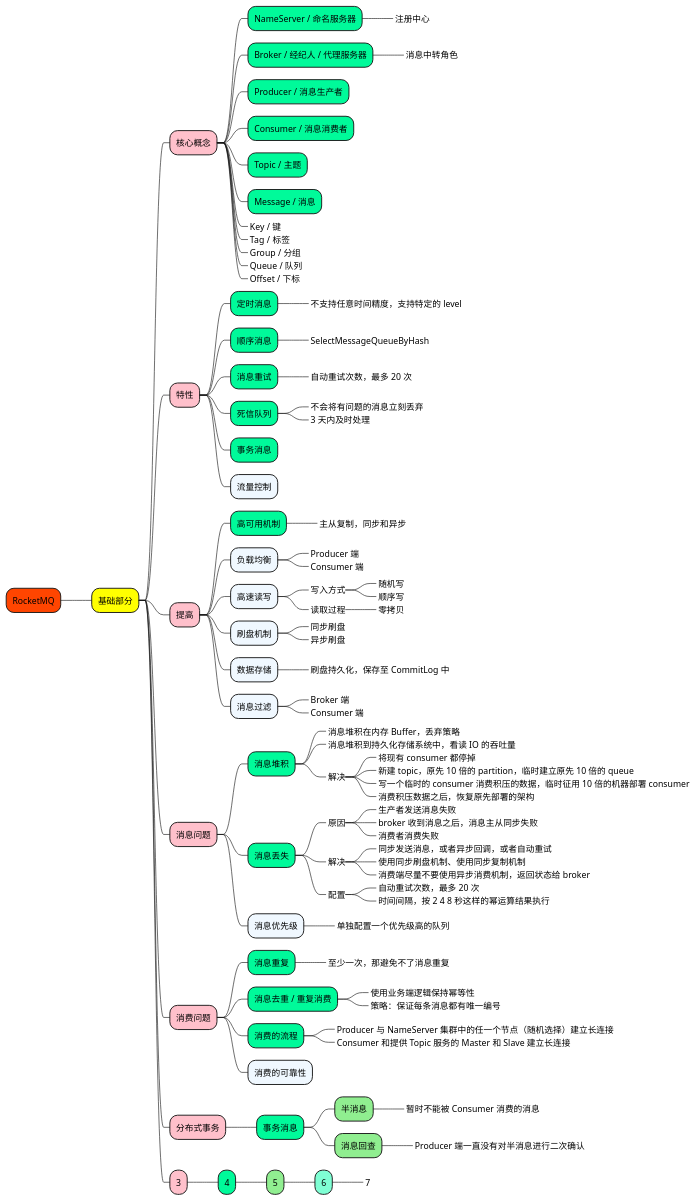
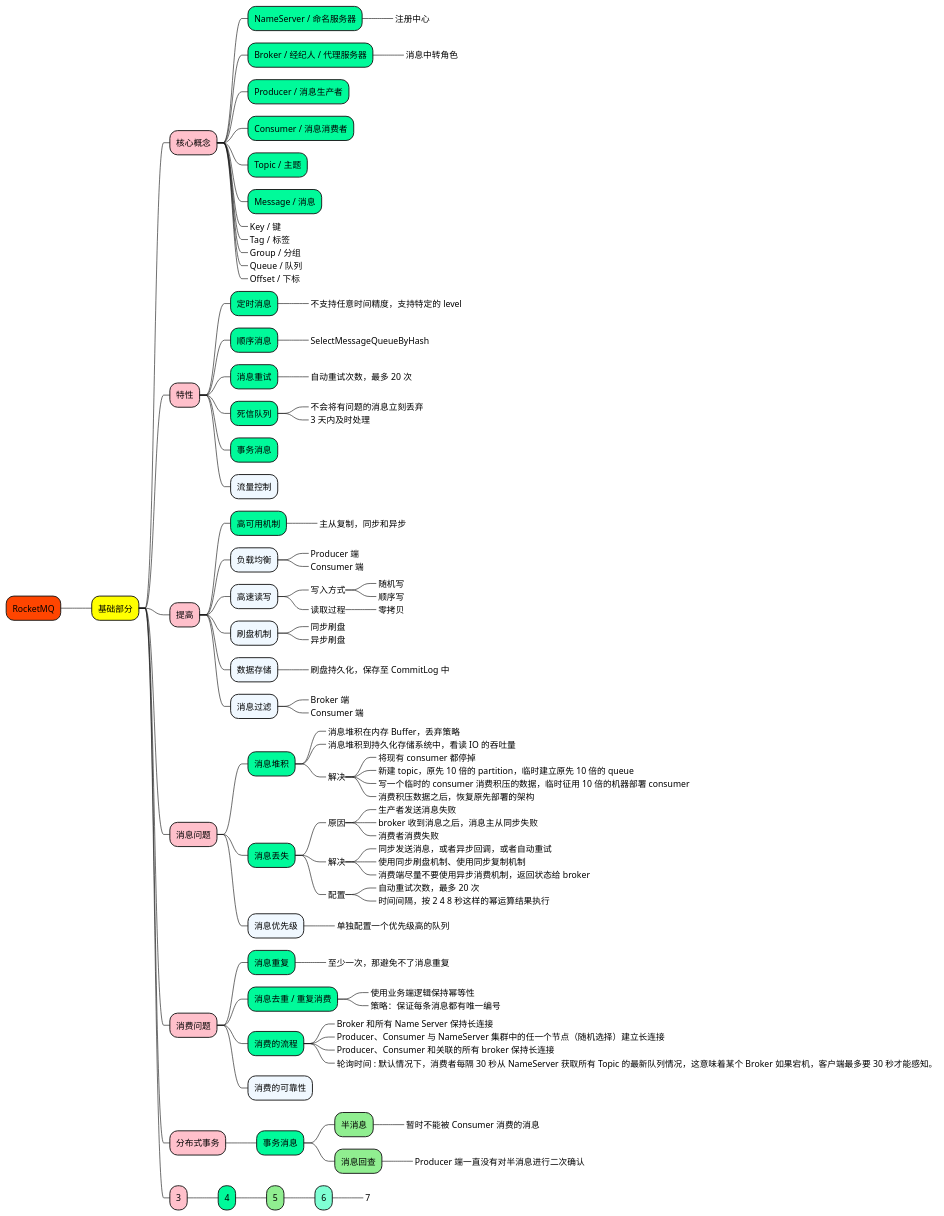
Before and after one commit to doveg/self-cultivation-of-a-software-engineer: the diagram in 1_map/3-middleware/RocketMQ.puml, drawn with PlantUML. The commit also changed 3 other files, not shown here.

```diff
--- a/1_map/3-middleware/RocketMQ.puml
+++ b/1_map/3-middleware/RocketMQ.puml
@@ -1,121 +1,123 @@
 @startmindmap
 
 +[#OrangeRed] RocketMQ
 
 ++[#yellow] 基础部分
 
 +++[#Pink] 核心概念
 ++++[#MediumSpringGreen] NameServer / 命名服务器
 +++++[#GhostWhite]_ 注册中心
 ++++[#MediumSpringGreen] Broker / 经纪人 / 代理服务器
 +++++[#GhostWhite]_ 消息中转角色
 ++++[#MediumSpringGreen] Producer / 消息生产者
 ++++[#MediumSpringGreen] Consumer / 消息消费者
 ++++[#MediumSpringGreen] Topic / 主题
 ++++[#MediumSpringGreen] Message / 消息
 ++++[#AliceBlue]_ Key / 键
 ++++[#AliceBlue]_ Tag / 标签
 ++++[#AliceBlue]_ Group / 分组
 ++++[#AliceBlue]_ Queue / 队列
 ++++[#AliceBlue]_ Offset / 下标
 
 
 +++[#Pink] 特性
 ++++[#MediumSpringGreen] 定时消息
 +++++[#GhostWhite]_ 不支持任意时间精度，支持特定的 level
 ++++[#MediumSpringGreen] 顺序消息
 +++++[#GhostWhite]_ SelectMessageQueueByHash
 ++++[#MediumSpringGreen] 消息重试
 +++++[#GhostWhite]_ 自动重试次数，最多 20 次
 ++++[#MediumSpringGreen] 死信队列
 +++++[#GhostWhite]_ 不会将有问题的消息立刻丢弃
 +++++[#GhostWhite]_ 3 天内及时处理
 ++++[#MediumSpringGreen] 事务消息
 ++++[#AliceBlue] 流量控制
 
 
 +++[#Pink] 提高
 
 ++++[#MediumSpringGreen] 高可用机制
 +++++[#GhostWhite]_ 主从复制，同步和异步
 ++++[#AliceBlue] 负载均衡
 +++++[#GhostWhite]_ Producer 端
 +++++[#GhostWhite]_ Consumer 端
 ++++[#AliceBlue] 高速读写
 +++++[#GhostWhite]_ 写入方式
 ++++++[#LightBlue]_ 随机写
 ++++++[#LightBlue]_ 顺序写
 +++++[#GhostWhite]_ 读取过程
 ++++++[#LightBlue]_ 零拷贝
 ++++[#AliceBlue] 刷盘机制
 +++++[#GhostWhite]_ 同步刷盘
 +++++[#GhostWhite]_ 异步刷盘
 ++++[#AliceBlue] 数据存储
 +++++[#GhostWhite]_ 刷盘持久化，保存至 CommitLog 中
 ++++[#AliceBlue] 消息过滤
 +++++[#GhostWhite]_ Broker 端
 +++++[#GhostWhite]_ Consumer 端
 
 
 +++[#Pink] 消息问题
 
 ++++[#MediumSpringGreen] 消息堆积
 +++++[#GhostWhite]_ 消息堆积在内存 Buffer，丢弃策略
 +++++[#GhostWhite]_ 消息堆积到持久化存储系统中，看读 IO 的吞吐量
 +++++[#GhostWhite]_ 解决
 ++++++[#Aquamarine]_ 将现有 consumer 都停掉
 ++++++[#Aquamarine]_ 新建 topic，原先 10 倍的 partition，临时建立原先 10 倍的 queue
 ++++++[#Aquamarine]_ 写一个临时的 consumer 消费积压的数据，临时征用 10 倍的机器部署 consumer
 ++++++[#Aquamarine]_ 消费积压数据之后，恢复原先部署的架构
 
 ++++[#MediumSpringGreen] 消息丢失
 +++++[#GhostWhite]_ 原因
 ++++++[#Aquamarine]_ 生产者发送消息失败
 ++++++[#Aquamarine]_ broker 收到消息之后，消息主从同步失败
 ++++++[#Aquamarine]_ 消费者消费失败
 +++++[#GhostWhite]_ 解决
 ++++++[#Aquamarine]_ 同步发送消息，或者异步回调，或者自动重试
 ++++++[#Aquamarine]_ 使用同步刷盘机制、使用同步复制机制
 ++++++[#Aquamarine]_ 消费端尽量不要使用异步消费机制，返回状态给 broker
 +++++[#GhostWhite]_ 配置
 ++++++[#Aquamarine]_ 自动重试次数，最多 20 次
 ++++++[#Aquamarine]_ 时间间隔，按 2 4 8 秒这样的幂运算结果执行
 
 ++++[#AliceBlue] 消息优先级
 +++++[#GhostWhite]_ 单独配置一个优先级高的队列
 
 +++[#Pink] 消费问题
 
 ++++[#MediumSpringGreen] 消息重复
 +++++[#GhostWhite]_ 至少一次，那避免不了消息重复
 
 ++++[#MediumSpringGreen] 消息去重 / 重复消费
 +++++[#GhostWhite]_ 使用业务端逻辑保持幂等性
 +++++[#GhostWhite]_ 策略：保证每条消息都有唯一编号
 
 ++++[#MediumSpringGreen] 消费的流程
-+++++[#GhostWhite]_ Producer 与 NameServer 集群中的任一个节点（随机选择）建立长连接
-+++++[#GhostWhite]_ Consumer 和提供 Topic 服务的 Master 和 Slave 建立长连接
++++++[#GhostWhite]_ Broker 和所有 Name Server 保持长连接
++++++[#GhostWhite]_ Producer、Consumer 与 NameServer 集群中的任一个节点（随机选择）建立长连接
++++++[#GhostWhite]_ Producer、Consumer 和关联的所有 broker 保持长连接
++++++[#GhostWhite]_ 轮询时间 : 默认情况下，消费者每隔 30 秒从 NameServer 获取所有 Topic 的最新队列情况，这意味着某个 Broker 如果宕机，客户端最多要 30 秒才能感知。
 ++++[#AliceBlue] 消费的可靠性
 
 +++[#Pink] 分布式事务
 
 ++++[#MediumSpringGreen] 事务消息
 +++++[#LightGreen] 半消息
 ++++++[#Aquamarine]_ 暂时不能被 Consumer 消费的消息
 +++++[#LightGreen] 消息回查
 ++++++[#Aquamarine]_ Producer 端一直没有对半消息进行二次确认
 
 
 
 +++[#Pink] 3
 
 ++++[#MediumSpringGreen] 4
 +++++[#LightGreen] 5
 ++++++[#Aquamarine] 6
 +++++++[#Aquamarine]_ 7
 
 
 
 
 @endmindmap
```
